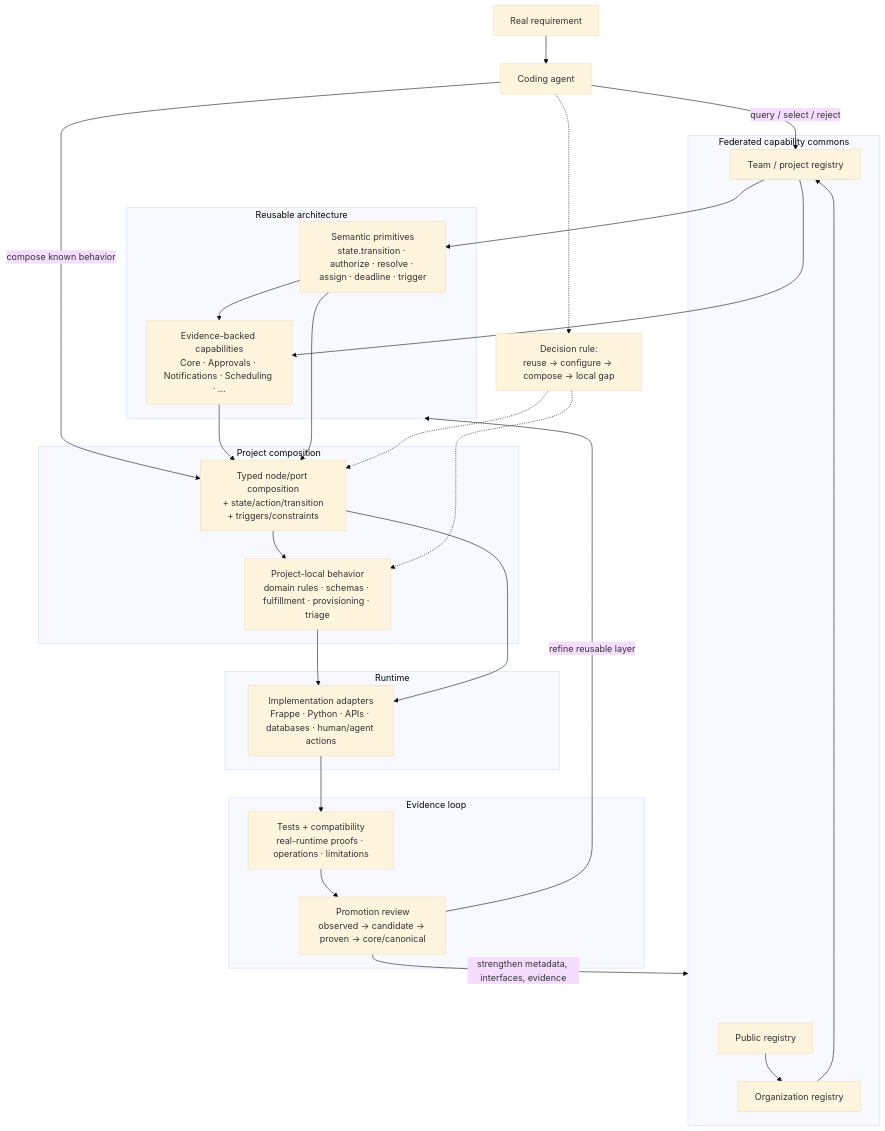
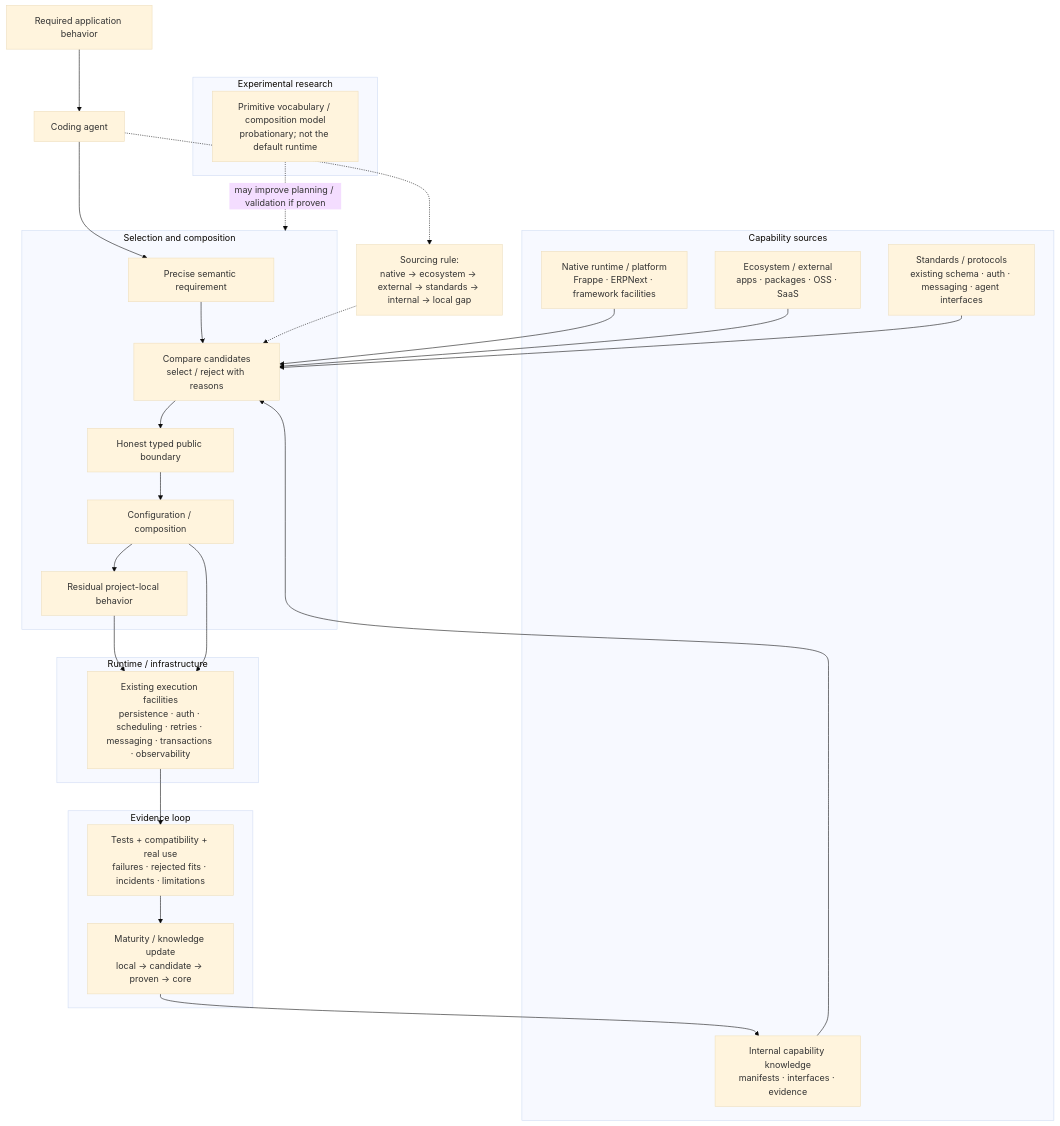
The diagram in docs/ARCHITECTURE_ONE_DIAGRAM.md (BrianMills2718/agentic-capability-architecture-canonical), drawn with Mermaid (base theme) before and after one commit. The commit also changed other lines of this file and 12 other files, not shown here.

````diff
--- a/docs/ARCHITECTURE_ONE_DIAGRAM.md
+++ b/docs/ARCHITECTURE_ONE_DIAGRAM.md
@@ -3,52 +5,50 @@
 ```mermaid
 flowchart TB
-    R[Real requirement]
+    R[Required application behavior]
     A[Coding agent]
 
-    subgraph F["Federated capability commons"]
-      P[Public registry]
-      O[Organization registry]
-      T[Team / project registry]
-      P --> O --> T
+    subgraph S["Capability sources"]
+      N[Native runtime / platform\nFrappe · ERPNext · framework facilities]
+      E[Ecosystem / external\napps · packages · OSS · SaaS]
+      ST[Standards / protocols\nexisting schema · auth · messaging · agent interfaces]
+      I[Internal capability knowledge\nmanifests · interfaces · evidence]
     end
 
-    subgraph K["Reusable architecture"]
-      PR[Semantic primitives\nstate.transition · authorize · resolve · assign · deadline · trigger]
-      C[Evidence-backed capabilities\nCore · Approvals · Notifications · Scheduling · ...]
-      PR --> C
+    subgraph SEL["Selection and composition"]
+      Q[Precise semantic requirement]
+      D[Compare candidates\nselect / reject with reasons]
+      B[Honest typed public boundary]
+      C[Configuration / composition]
+      L[Residual project-local behavior]
+      Q --> D --> B --> C --> L
     end
 
-    subgraph PJ["Project composition"]
-      M[Typed node/port composition\n+ state/action/transition\n+ triggers/constraints]
-      L[Project-local behavior\ndomain rules · schemas · fulfillment · provisioning · triage]
-      M --> L
+    subgraph RT["Runtime / infrastructure"]
+      X[Existing execution facilities\npersistence · auth · scheduling · retries · messaging · transactions · observability]
     end
 
-    subgraph RT["Runtime"]
-      AD[Implementation adapters\nFrappe · Python · APIs · databases · human/agent actions]
+    subgraph EV["Evidence loop"]
+      T[Tests + compatibility + real use\nfailures · rejected fits · incidents · limitations]
+      M[Maturity / knowledge update\nlocal → candidate → proven → core]
+      T --> M
     end
 
-    subgraph E["Evidence loop"]
-      TEST[Tests + compatibility\nreal-runtime proofs · operations · limitations]
-      PROM[Promotion review\nobserved → candidate → proven → core/canonical]
-      TEST --> PROM
+    subgraph EXP["Experimental research"]
+      P[Primitive vocabulary / composition model\nprobationary; not the default runtime]
     end
 
-    R --> A
-    A -->|query / select / reject| T
-    T --> PR
-    T --> C
-    A -->|compose known behavior| M
-    C --> M
-    PR --> M
-    L --> AD
-    M --> AD
-    AD --> TEST
-    PROM -->|strengthen metadata, interfaces, evidence| F
-    PROM -->|refine reusable layer| K
+    R --> A --> Q
+    N --> D
+    E --> D
+    ST --> D
+    I --> D
+    L --> X
+    C --> X
+    X --> T
+    M --> I
+    P -.->|may improve planning / validation if proven| SEL
 
-    N["Decision rule:\nreuse → configure → compose → local gap"]
-    A -.-> N
-    N -.-> M
-    N -.-> L
+    RULE["Sourcing rule:\nnative → ecosystem → external → standards → internal → local gap"]
+    A -.-> RULE
+    RULE -.-> D
 ```
````
